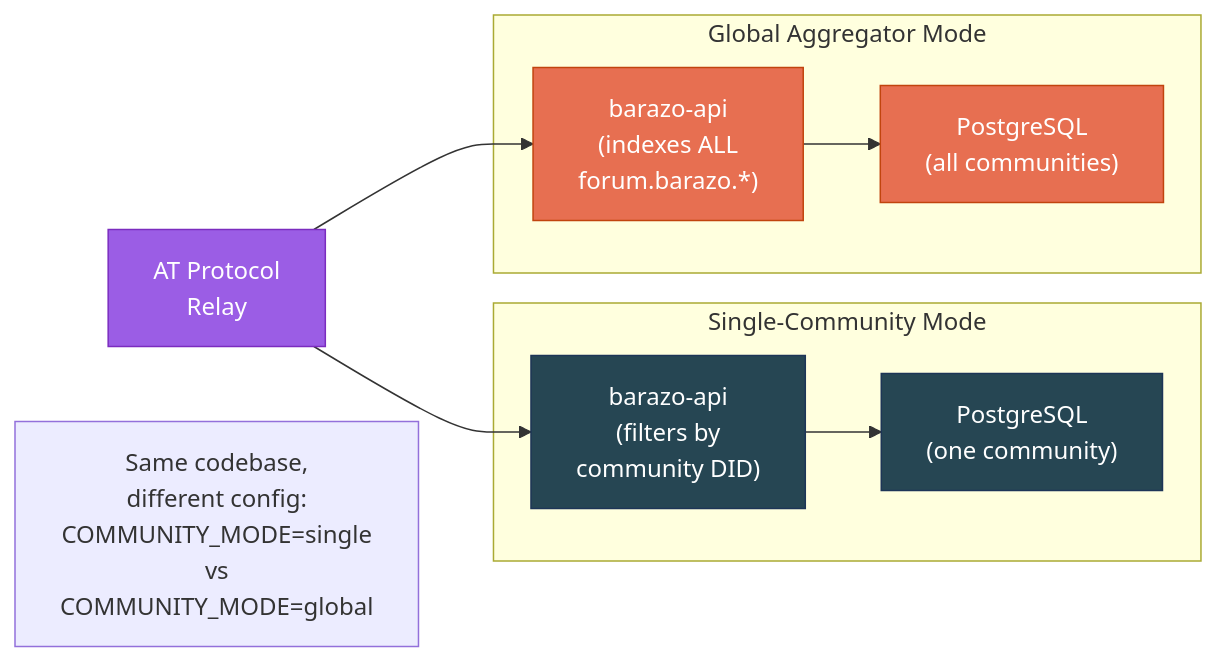
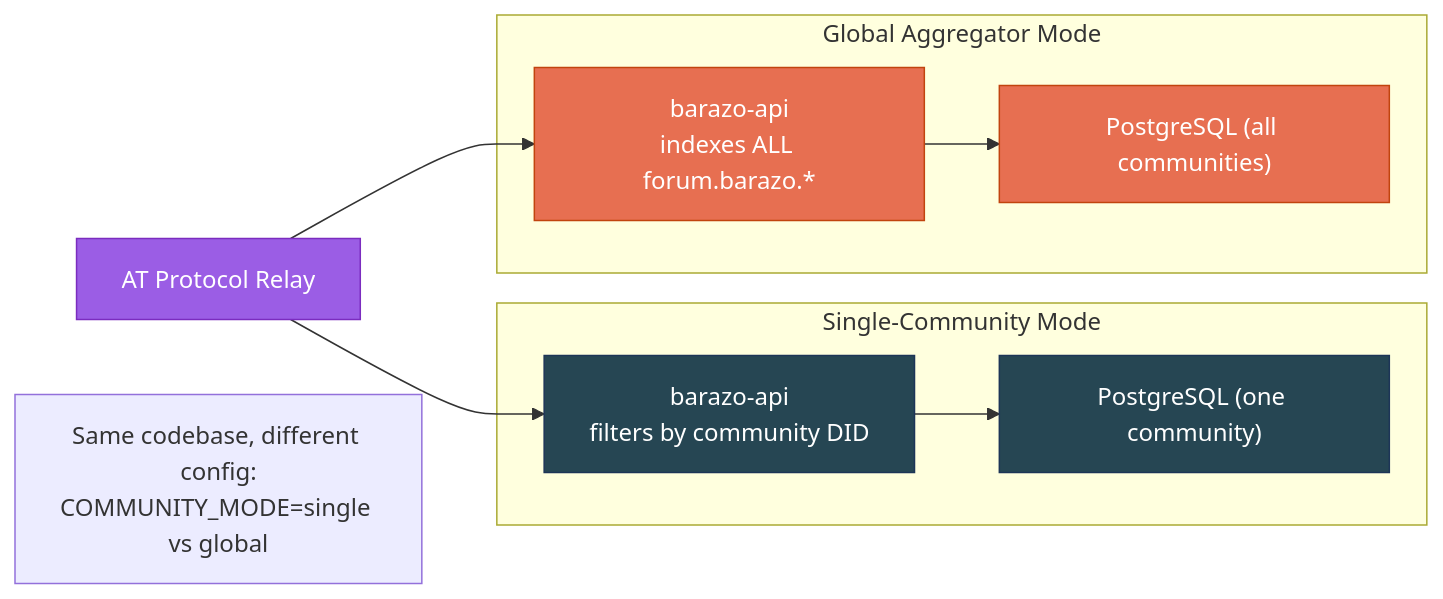
The fourth of 4 diagrams in ARCHITECTURE.md (atgora-forum/.github), drawn with Mermaid before and after one commit. The commit also changed other lines of this file, not shown here.

First line of the commit message:
fix: clean up Mermaid labels, use line breaks only where needed

````diff
--- a/ARCHITECTURE.md
+++ b/ARCHITECTURE.md
@@ -149,24 +149,24 @@
 ```mermaid
 graph LR
     classDef single fill:#264653,stroke:#1d3557,color:#fff
     classDef global fill:#e76f51,stroke:#c1440e,color:#fff
     classDef relay fill:#9b5de5,stroke:#7b2cbf,color:#fff
 
     subgraph single_mode ["Single-Community Mode"]
-        S_API["barazo-api<br/>(filters by<br/>community DID)"]:::single
-        S_DB["PostgreSQL<br/>(one community)"]:::single
+        S_API["barazo-api<br/>filters by community DID"]:::single
+        S_DB["PostgreSQL (one community)"]:::single
         S_API --> S_DB
     end
 
     subgraph global_mode ["Global Aggregator Mode"]
-        G_API["barazo-api<br/>(indexes ALL<br/>forum.barazo.*)"]:::global
-        G_DB["PostgreSQL<br/>(all communities)"]:::global
+        G_API["barazo-api<br/>indexes ALL forum.barazo.*"]:::global
+        G_DB["PostgreSQL (all communities)"]:::global
         G_API --> G_DB
     end
 
-    Relay["AT Protocol<br/>Relay"]:::relay
+    Relay["AT Protocol Relay"]:::relay
     Relay --> S_API
     Relay --> G_API
 
-    note2["Same codebase,<br/>different config:<br/>COMMUNITY_MODE=single<br/>vs<br/>COMMUNITY_MODE=global"]
+    note2["Same codebase, different config:<br/>COMMUNITY_MODE=single vs global"]
 ```
````
